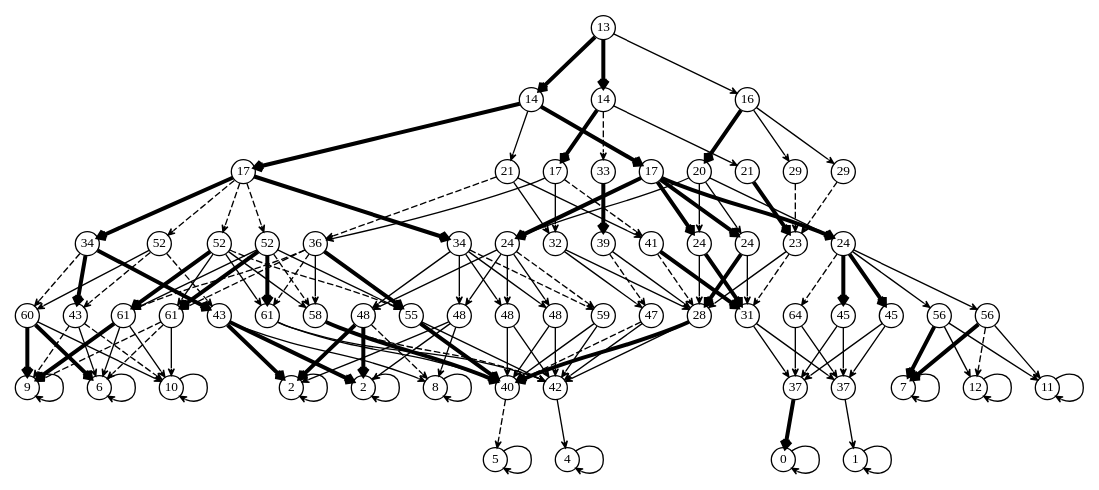
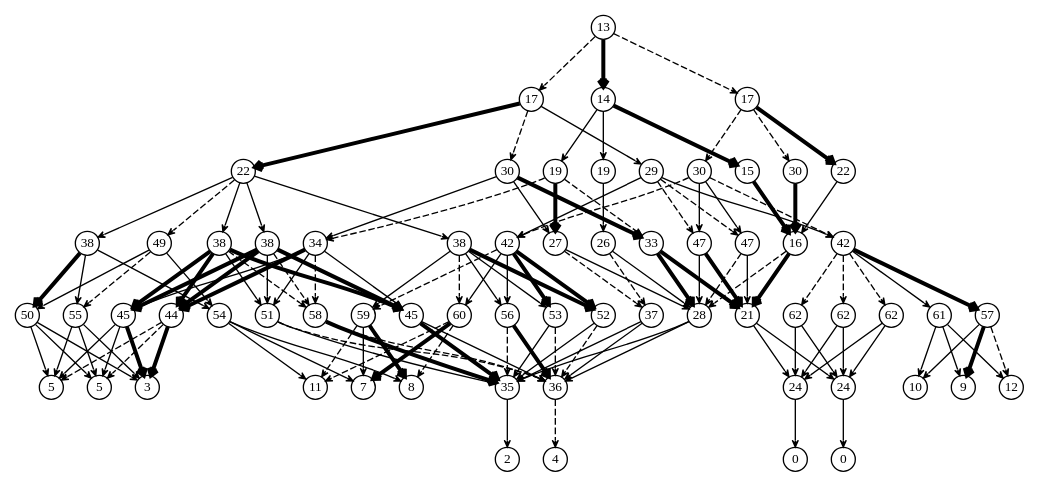
One commit to kphongph/repo_ttu changed the diagram in attack_graph/result/weight.dot. Above: the diagram before and after it, drawn with Graphviz. The commit also changed 6 other files, not shown here.

Commit message:
graph pdf

```diff
--- a/attack_graph/result/weight.dot
+++ b/attack_graph/result/weight.dot
@@ -2,196 +2,196 @@
   node [shape=circle,width=.25,height=.25,fixedsize=true,fontsize=10];
   edge [arrowhead="vee",arrowsize=.5];
   s0 [label="13"];
-  s1 [label="14"];
+  s1 [label="17"];
   s2 [label="14"];
-  s3 [label="16"];
-  s4 [label="17"];
-  s5 [label="21"];
-  s6 [label="17"];
-  s7 [label="33"];
-  s8 [label="17"];
-  s9 [label="20"];
-  s10 [label="21"];
-  s11 [label="29"];
-  s12 [label="29"];
-  s13 [label="34"];
-  s14 [label="52"];
-  s15 [label="52"];
-  s16 [label="52"];
-  s17 [label="36"];
-  s18 [label="34"];
-  s19 [label="24"];
-  s20 [label="32"];
-  s21 [label="39"];
-  s22 [label="41"];
-  s23 [label="24"];
-  s24 [label="24"];
-  s25 [label="23"];
-  s26 [label="24"];
-  s27 [label="43"];
-  s28 [label="60"];
-  s29 [label="61"];
-  s30 [label="61"];
-  s31 [label="43"];
-  s32 [label="48"];
-  s33 [label="48"];
-  s34 [label="61"];
+  s3 [label="17"];
+  s4 [label="22"];
+  s5 [label="30"];
+  s6 [label="19"];
+  s7 [label="19"];
+  s8 [label="29"];
+  s9 [label="30"];
+  s10 [label="15"];
+  s11 [label="30"];
+  s12 [label="22"];
+  s13 [label="38"];
+  s14 [label="49"];
+  s15 [label="38"];
+  s16 [label="38"];
+  s17 [label="34"];
+  s18 [label="38"];
+  s19 [label="42"];
+  s20 [label="27"];
+  s21 [label="26"];
+  s22 [label="33"];
+  s23 [label="47"];
+  s24 [label="47"];
+  s25 [label="16"];
+  s26 [label="42"];
+  s27 [label="55"];
+  s28 [label="50"];
+  s29 [label="45"];
+  s30 [label="44"];
+  s31 [label="54"];
+  s32 [label="60"];
+  s33 [label="59"];
+  s34 [label="51"];
   s35 [label="58"];
-  s36 [label="55"];
-  s37 [label="48"];
-  s38 [label="59"];
-  s39 [label="48"];
-  s40 [label="47"];
+  s36 [label="45"];
+  s37 [label="53"];
+  s38 [label="52"];
+  s39 [label="56"];
+  s40 [label="37"];
   s41 [label="28"];
-  s42 [label="56"];
-  s43 [label="56"];
-  s44 [label="31"];
-  s45 [label="45"];
-  s46 [label="45"];
-  s47 [label="64"];
-  s48 [label="6"];
-  s49 [label="10"];
-  s50 [label="9"];
+  s42 [label="61"];
+  s43 [label="57"];
+  s44 [label="21"];
+  s45 [label="62"];
+  s46 [label="62"];
+  s47 [label="62"];
+  s48 [label="5"];
+  s49 [label="3"];
+  s50 [label="5"];
   s51 [label="8"];
-  s52 [label="2"];
-  s53 [label="2"];
-  s54 [label="40"];
-  s55 [label="42"];
-  s56 [label="12"];
-  s57 [label="11"];
-  s58 [label="7"];
-  s59 [label="37"];
-  s60 [label="37"];
-  s61 [label="5"];
+  s52 [label="11"];
+  s53 [label="7"];
+  s54 [label="35"];
+  s55 [label="36"];
+  s56 [label="9"];
+  s57 [label="12"];
+  s58 [label="10"];
+  s59 [label="24"];
+  s60 [label="24"];
+  s61 [label="2"];
   s62 [label="4"];
   s63 [label="0"];
-  s64 [label="1"];
-  s0 -> s1 [penwidth=3];
+  s64 [label="0"];
+  s0 -> s1 [style=dashed];
   s0 -> s2 [penwidth=3];
-  s0 -> s3 [penwidth=1];
+  s0 -> s3 [style=dashed];
   s1 -> s4 [penwidth=3];
-  s1 -> s5 [penwidth=1];
-  s1 -> s8 [penwidth=3];
-  s2 -> s6 [penwidth=3];
-  s2 -> s7 [style=dashed];
-  s2 -> s10 [penwidth=1];
-  s3 -> s9 [penwidth=3];
-  s3 -> s11 [penwidth=1];
-  s3 -> s12 [penwidth=1];
-  s4 -> s13 [penwidth=3];
+  s1 -> s5 [style=dashed];
+  s1 -> s8 [penwidth=1];
+  s2 -> s6 [penwidth=1];
+  s2 -> s7 [penwidth=1];
+  s2 -> s10 [penwidth=3];
+  s3 -> s9 [style=dashed];
+  s3 -> s11 [style=dashed];
+  s3 -> s12 [penwidth=3];
+  s4 -> s13 [penwidth=1];
   s4 -> s14 [style=dashed];
-  s4 -> s15 [style=dashed];
-  s4 -> s16 [style=dashed];
-  s4 -> s18 [penwidth=3];
-  s5 -> s17 [style=dashed];
+  s4 -> s15 [penwidth=1];
+  s4 -> s16 [penwidth=1];
+  s4 -> s18 [penwidth=1];
+  s5 -> s17 [penwidth=1];
   s5 -> s20 [penwidth=1];
-  s5 -> s22 [penwidth=1];
-  s6 -> s17 [penwidth=1];
-  s6 -> s20 [penwidth=1];
+  s5 -> s22 [penwidth=3];
+  s6 -> s17 [style=dashed];
+  s6 -> s20 [penwidth=3];
   s6 -> s22 [style=dashed];
-  s7 -> s21 [penwidth=3];
-  s8 -> s19 [penwidth=3];
-  s8 -> s23 [penwidth=3];
-  s8 -> s24 [penwidth=3];
-  s8 -> s26 [penwidth=3];
-  s9 -> s19 [penwidth=1];
+  s7 -> s21 [penwidth=1];
+  s8 -> s19 [penwidth=1];
+  s8 -> s23 [style=dashed];
+  s8 -> s24 [style=dashed];
+  s8 -> s26 [penwidth=1];
+  s9 -> s19 [style=dashed];
   s9 -> s23 [penwidth=1];
   s9 -> s24 [penwidth=1];
-  s9 -> s26 [penwidth=1];
+  s9 -> s26 [style=dashed];
   s10 -> s25 [penwidth=3];
-  s11 -> s25 [style=dashed];
-  s12 -> s25 [style=dashed];
-  s13 -> s27 [penwidth=3];
-  s13 -> s28 [style=dashed];
-  s13 -> s31 [penwidth=3];
+  s11 -> s25 [penwidth=3];
+  s12 -> s25 [penwidth=1];
+  s13 -> s27 [penwidth=1];
+  s13 -> s28 [penwidth=3];
+  s13 -> s31 [penwidth=1];
   s14 -> s27 [style=dashed];
   s14 -> s28 [penwidth=1];
-  s14 -> s31 [style=dashed];
+  s14 -> s31 [penwidth=1];
   s15 -> s29 [penwidth=3];
-  s15 -> s30 [penwidth=1];
+  s15 -> s30 [penwidth=3];
   s15 -> s34 [penwidth=1];
-  s15 -> s35 [penwidth=1];
-  s15 -> s36 [style=dashed];
-  s16 -> s29 [penwidth=1];
+  s15 -> s35 [style=dashed];
+  s15 -> s36 [penwidth=3];
+  s16 -> s29 [penwidth=3];
   s16 -> s30 [penwidth=3];
-  s16 -> s34 [penwidth=3];
+  s16 -> s34 [penwidth=1];
   s16 -> s35 [style=dashed];
-  s16 -> s36 [penwidth=1];
-  s17 -> s29 [style=dashed];
-  s17 -> s30 [style=dashed];
-  s17 -> s34 [style=dashed];
-  s17 -> s35 [penwidth=1];
-  s17 -> s36 [penwidth=3];
-  s18 -> s32 [penwidth=1];
+  s16 -> s36 [penwidth=3];
+  s17 -> s29 [penwidth=1];
+  s17 -> s30 [penwidth=3];
+  s17 -> s34 [penwidth=1];
+  s17 -> s35 [style=dashed];
+  s17 -> s36 [penwidth=1];
+  s18 -> s32 [style=dashed];
   s18 -> s33 [penwidth=1];
   s18 -> s37 [penwidth=1];
-  s18 -> s38 [style=dashed];
+  s18 -> s38 [penwidth=3];
   s18 -> s39 [penwidth=1];
   s19 -> s32 [penwidth=1];
-  s19 -> s33 [penwidth=1];
-  s19 -> s37 [penwidth=1];
-  s19 -> s38 [style=dashed];
+  s19 -> s33 [style=dashed];
+  s19 -> s37 [penwidth=3];
+  s19 -> s38 [penwidth=3];
   s19 -> s39 [penwidth=1];
-  s20 -> s40 [penwidth=1];
+  s20 -> s40 [style=dashed];
   s20 -> s41 [penwidth=1];
   s21 -> s40 [style=dashed];
   s21 -> s41 [penwidth=1];
-  s22 -> s41 [style=dashed];
+  s22 -> s41 [penwidth=3];
   s22 -> s44 [penwidth=3];
   s23 -> s41 [penwidth=1];
   s23 -> s44 [penwidth=3];
-  s24 -> s41 [penwidth=3];
+  s24 -> s41 [style=dashed];
   s24 -> s44 [penwidth=1];
-  s25 -> s41 [penwidth=1];
-  s25 -> s44 [style=dashed];
+  s25 -> s41 [style=dashed];
+  s25 -> s44 [penwidth=3];
   s26 -> s42 [penwidth=1];
-  s26 -> s43 [penwidth=1];
-  s26 -> s45 [penwidth=3];
-  s26 -> s46 [penwidth=3];
+  s26 -> s43 [penwidth=3];
+  s26 -> s45 [style=dashed];
+  s26 -> s46 [style=dashed];
   s26 -> s47 [style=dashed];
   s27 -> s48 [penwidth=1];
-  s27 -> s49 [style=dashed];
-  s27 -> s50 [style=dashed];
-  s28 -> s48 [penwidth=3];
+  s27 -> s49 [penwidth=1];
+  s27 -> s50 [penwidth=1];
+  s28 -> s48 [penwidth=1];
   s28 -> s49 [penwidth=1];
-  s28 -> s50 [penwidth=3];
+  s28 -> s50 [penwidth=1];
   s29 -> s48 [penwidth=1];
-  s29 -> s49 [penwidth=1];
-  s29 -> s50 [penwidth=3];
+  s29 -> s49 [penwidth=3];
+  s29 -> s50 [penwidth=1];
   s30 -> s48 [style=dashed];
-  s30 -> s49 [penwidth=1];
+  s30 -> s49 [penwidth=3];
   s30 -> s50 [style=dashed];
   s31 -> s51 [penwidth=1];
-  s31 -> s52 [penwidth=3];
-  s31 -> s53 [penwidth=3];
-  s32 -> s51 [penwidth=1];
-  s32 -> s52 [penwidth=1];
-  s32 -> s53 [penwidth=1];
-  s33 -> s51 [style=dashed];
-  s33 -> s52 [penwidth=3];
-  s33 -> s53 [penwidth=3];
+  s31 -> s52 [penwidth=1];
+  s31 -> s53 [penwidth=1];
+  s32 -> s51 [style=dashed];
+  s32 -> s52 [style=dashed];
+  s32 -> s53 [penwidth=3];
+  s33 -> s51 [penwidth=3];
+  s33 -> s52 [style=dashed];
+  s33 -> s53 [penwidth=1];
   s34 -> s54 [penwidth=1];
-  s34 -> s55 [penwidth=1];
+  s34 -> s55 [style=dashed];
   s35 -> s54 [penwidth=3];
   s35 -> s55 [style=dashed];
   s36 -> s54 [penwidth=3];
   s36 -> s55 [penwidth=1];
   s37 -> s54 [penwidth=1];
-  s37 -> s55 [penwidth=1];
+  s37 -> s55 [style=dashed];
   s38 -> s54 [penwidth=1];
-  s38 -> s55 [penwidth=1];
-  s39 -> s54 [penwidth=1];
-  s39 -> s55 [penwidth=1];
-  s40 -> s54 [style=dashed];
+  s38 -> s55 [style=dashed];
+  s39 -> s54 [style=dashed];
+  s39 -> s55 [penwidth=3];
+  s40 -> s54 [penwidth=1];
   s40 -> s55 [penwidth=1];
-  s41 -> s54 [penwidth=3];
+  s41 -> s54 [penwidth=1];
   s41 -> s55 [penwidth=1];
   s42 -> s56 [penwidth=1];
   s42 -> s57 [penwidth=1];
-  s42 -> s58 [penwidth=3];
-  s43 -> s56 [style=dashed];
-  s43 -> s57 [penwidth=1];
-  s43 -> s58 [penwidth=3];
+  s42 -> s58 [penwidth=1];
+  s43 -> s56 [penwidth=3];
+  s43 -> s57 [style=dashed];
+  s43 -> s58 [penwidth=1];
   s44 -> s59 [penwidth=1];
   s44 -> s60 [penwidth=1];
   s45 -> s59 [penwidth=1];
@@ -200,21 +200,8 @@
   s46 -> s60 [penwidth=1];
   s47 -> s59 [penwidth=1];
   s47 -> s60 [penwidth=1];
-  s48 -> s48 [penwidth=1];
-  s49 -> s49 [penwidth=1];
-  s50 -> s50 [penwidth=1];
-  s51 -> s51 [penwidth=1];
-  s52 -> s52 [penwidth=1];
-  s53 -> s53 [penwidth=1];
-  s54 -> s61 [style=dashed];
-  s55 -> s62 [penwidth=1];
-  s56 -> s56 [penwidth=1];
-  s57 -> s57 [penwidth=1];
-  s58 -> s58 [penwidth=1];
-  s59 -> s63 [penwidth=3];
+  s54 -> s61 [penwidth=1];
+  s55 -> s62 [style=dashed];
+  s59 -> s63 [penwidth=1];
   s60 -> s64 [penwidth=1];
-  s61 -> s61 [penwidth=1];
-  s62 -> s62 [penwidth=1];
-  s63 -> s63 [penwidth=1];
-  s64 -> s64 [penwidth=1];
 }
```
